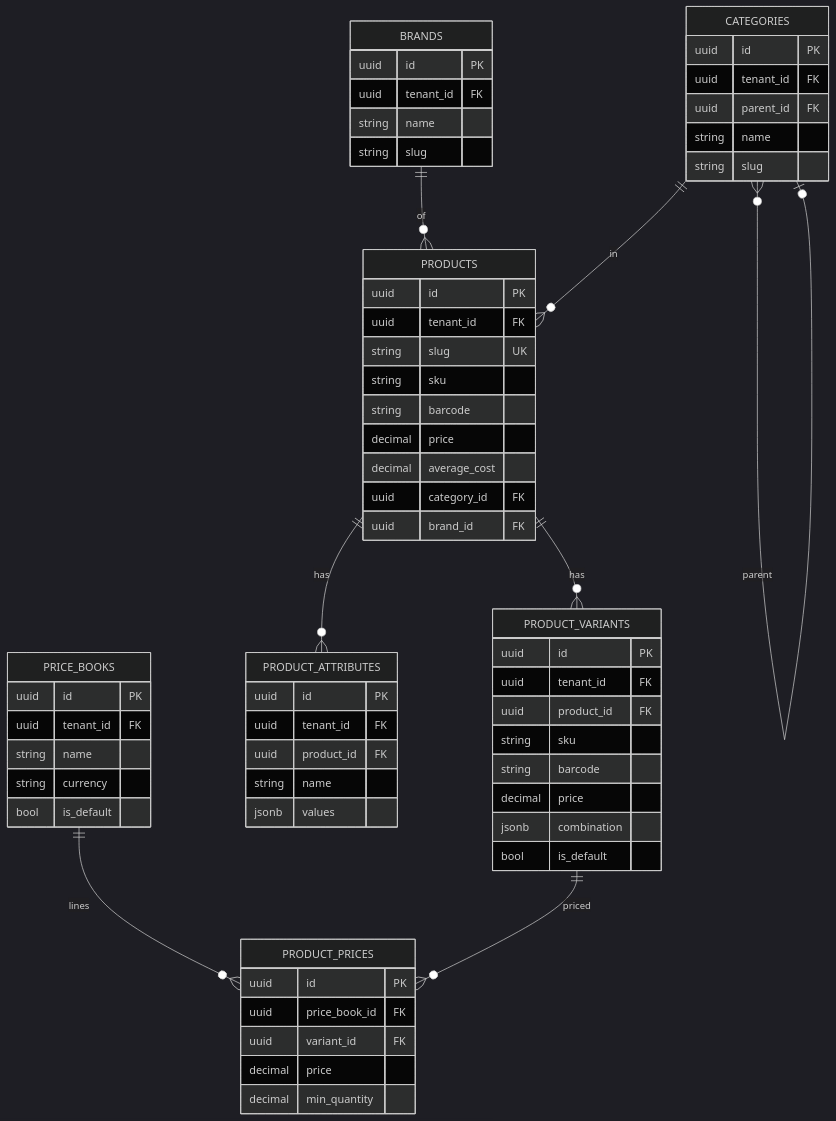
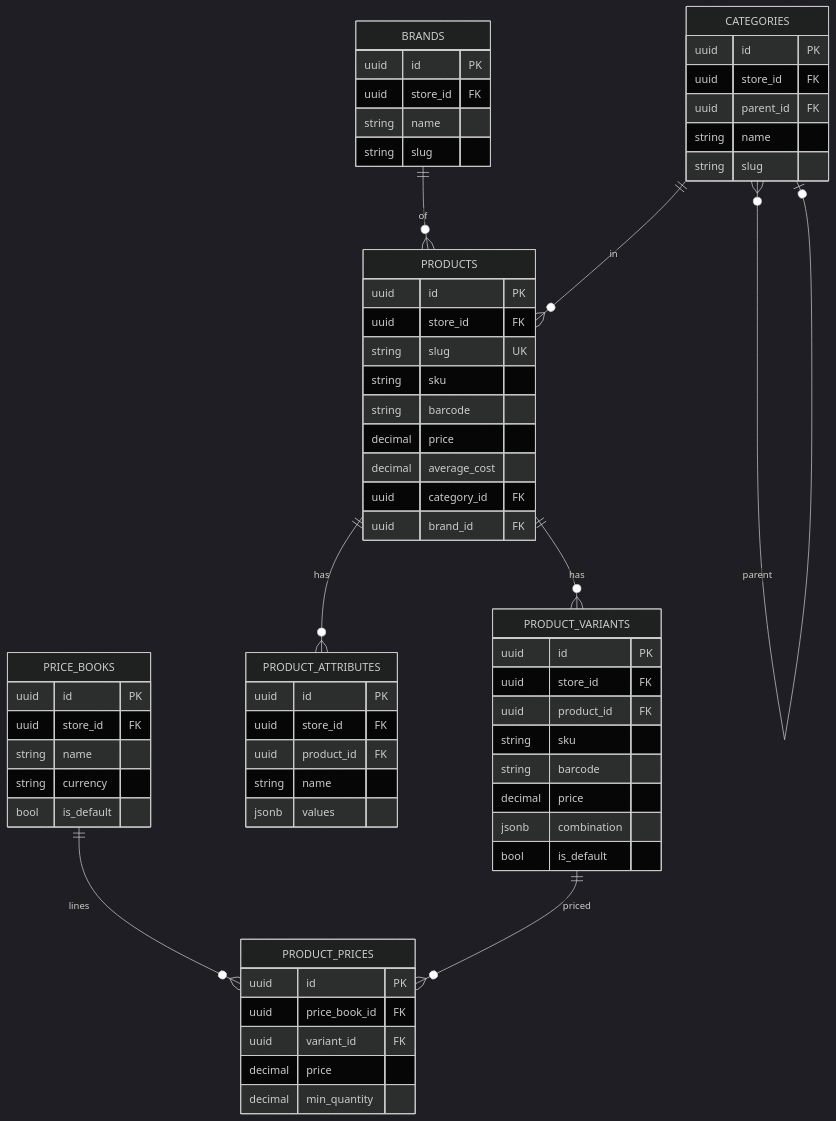
The fourth of 7 diagrams in doc/system-design/database_design_diagrams.md (gowtamkumar/eCommerce-multi-store-saas-erp), drawn with Mermaid (dark theme) before and after one commit. The commit also changed other lines of this file and 764 other files, not shown here.

````diff
--- a/doc/system-design/database_design_diagrams.md
+++ b/doc/system-design/database_design_diagrams.md
@@ -210,66 +210,66 @@
 ```mermaid
 erDiagram
   PRODUCTS {
     uuid id PK
-    uuid tenant_id FK
+    uuid store_id FK
     string slug UK
     string sku
     string barcode
     decimal price
     decimal average_cost
     uuid category_id FK
     uuid brand_id FK
   }
   PRODUCT_VARIANTS {
     uuid id PK
-    uuid tenant_id FK
+    uuid store_id FK
     uuid product_id FK
     string sku
     string barcode
     decimal price
     jsonb combination
     bool is_default
   }
   PRODUCT_ATTRIBUTES {
     uuid id PK
-    uuid tenant_id FK
+    uuid store_id FK
     uuid product_id FK
     string name
     jsonb values
   }
   BRANDS {
     uuid id PK
-    uuid tenant_id FK
+    uuid store_id FK
     string name
     string slug
   }
   CATEGORIES {
     uuid id PK
-    uuid tenant_id FK
+    uuid store_id FK
     uuid parent_id FK
     string name
     string slug
   }
   PRICE_BOOKS {
     uuid id PK
-    uuid tenant_id FK
+    uuid store_id FK
     string name
     string currency
     bool is_default
   }
   PRODUCT_PRICES {
     uuid id PK
     uuid price_book_id FK
     uuid variant_id FK
     decimal price
     decimal min_quantity
   }
 
   PRODUCTS ||--o{ PRODUCT_VARIANTS       : "has"
   PRODUCTS ||--o{ PRODUCT_ATTRIBUTES     : "has"
   BRANDS ||--o{ PRODUCTS                 : "of"
   CATEGORIES ||--o{ PRODUCTS              : "in"
   CATEGORIES }o--o| CATEGORIES             : "parent"
   PRICE_BOOKS ||--o{ PRODUCT_PRICES      : "lines"
   PRODUCT_VARIANTS ||--o{ PRODUCT_PRICES : "priced"
 ```
````
